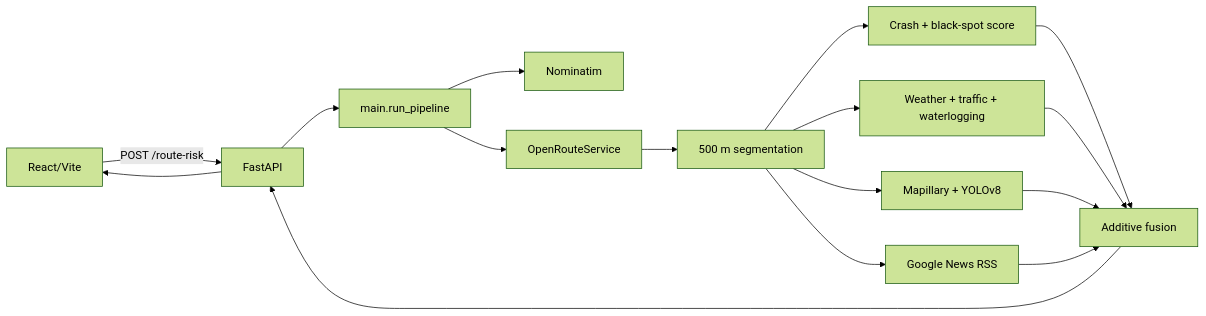
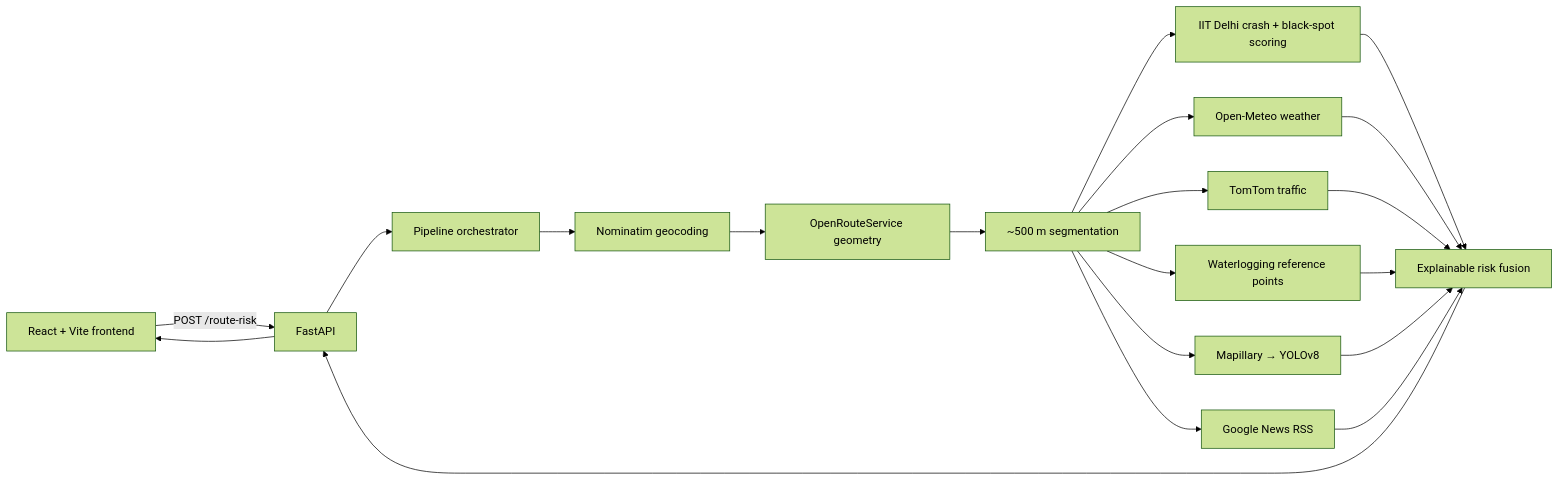
One commit to alizahh-7/SafeRoute changed the diagram in README.md. Above: the diagram before and after it, drawn with Mermaid (forest theme). The commit also changed other lines of this file and 14 other files, not shown here.

Commit message:
feat: fix live signal flow, enhance analytics, improve safety reports, and update README

````diff
--- a/README.md
+++ b/README.md
@@ -37,18 +43,22 @@
 ```mermaid
 flowchart LR
-  UI[React/Vite] -->|POST /route-risk| API[FastAPI]
-  API --> PIPE[main.run_pipeline]
-  PIPE --> GEO[Nominatim]
-  PIPE --> ORS[OpenRouteService]
-  ORS --> SEG[500 m segmentation]
-  SEG --> HIST[Crash + black-spot score]
-  SEG --> LIVE[Weather + traffic + waterlogging]
-  SEG --> VISION[Mapillary + YOLOv8]
-  SEG --> NEWS[Google News RSS]
-  HIST --> FUSE[Additive fusion]
-  LIVE --> FUSE
-  VISION --> FUSE
-  NEWS --> FUSE
-  FUSE --> API
-  API --> UI
+  A[React + Vite frontend] -->|POST /route-risk| B[FastAPI]
+  B --> C[Pipeline orchestrator]
+  C --> D[Nominatim geocoding]
+  D --> E[OpenRouteService geometry]
+  E --> F[~500 m segmentation]
+  F --> G[IIT Delhi crash + black-spot scoring]
+  F --> H[Open-Meteo weather]
+  F --> I[TomTom traffic]
+  F --> J[Waterlogging reference points]
+  F --> K[Mapillary → YOLOv8]
+  F --> L[Google News RSS]
+  G --> M[Explainable risk fusion]
+  H --> M
+  I --> M
+  J --> M
+  K --> M
+  L --> M
+  M --> B
+  B --> A
 ```
````
